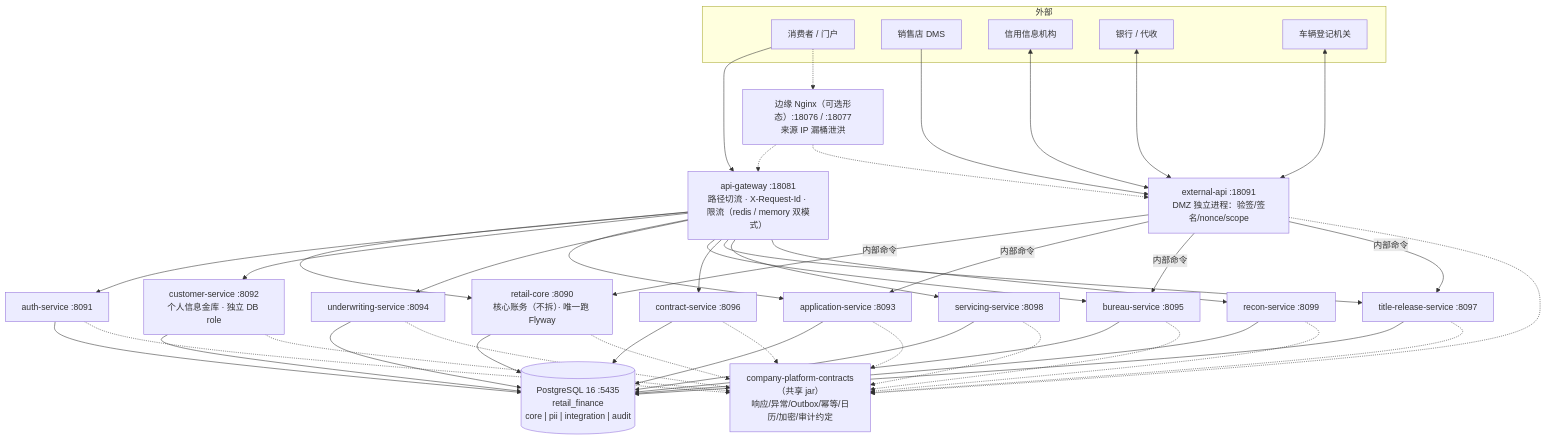
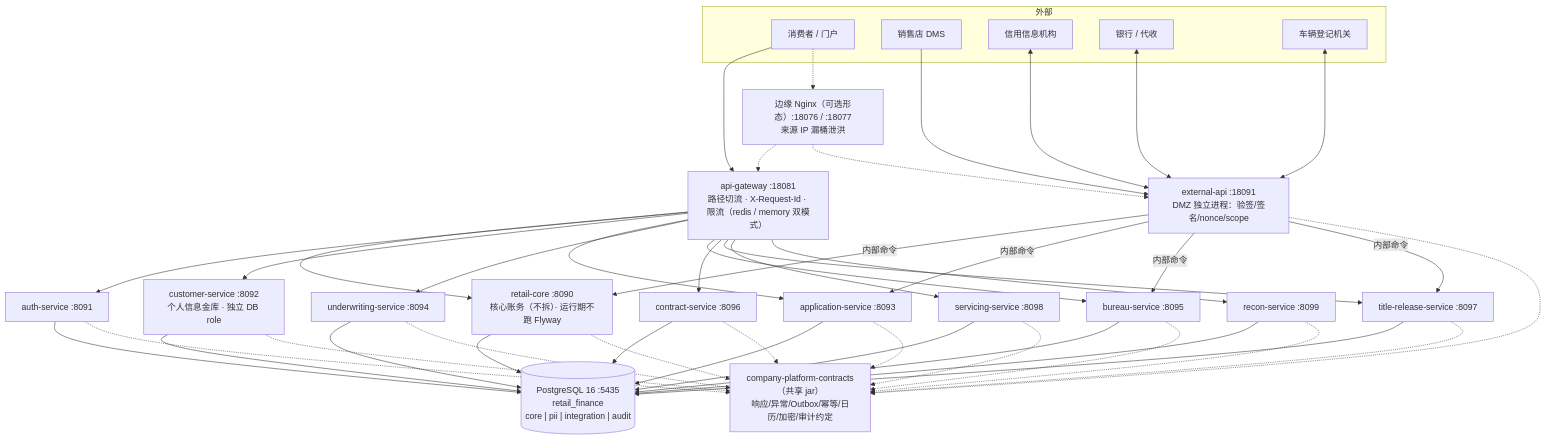
One commit to anehing-pixel/retail-finance-system changed the second of 3 diagrams in docs/R02-总体架构设计.md. Above: the diagram before and after it, drawn with Mermaid. The commit also changed other lines of this file and 18 other files, not shown here.

````diff
--- a/docs/R02-总体架构设计.md
+++ b/docs/R02-总体架构设计.md
@@ -78,38 +78,38 @@
 ```mermaid
 flowchart TB
   subgraph EXT["外部"]
     CUST[消费者 / 门户]
     DMS[销售店 DMS]
     BUR[信用信息机构]
     BANK[银行 / 代收]
     GOV[车辆登记机关]
   end
   EDGE["边缘 Nginx（可选形态）:18076 / :18077<br/>来源 IP 漏桶泄洪"]
   GW["api-gateway :18081<br/>路径切流 · X-Request-Id · 限流（redis / memory 双模式）"]
   DMZ["external-api :18091<br/>DMZ 独立进程：验签/签名/nonce/scope"]
-  CORE["retail-core :8090<br/>核心账务（不拆）· 唯一跑 Flyway"]
+  CORE["retail-core :8090<br/>核心账务（不拆）· 运行期不跑 Flyway"]
   AUTH["auth-service :8091"]
   CUSTOMER["customer-service :8092<br/>个人信息金库 · 独立 DB role"]
   APP["application-service :8093"]
   UW["underwriting-service :8094"]
   BUREAU["bureau-service :8095"]
   CONTRACT["contract-service :8096"]
   TITLE["title-release-service :8097"]
   SERV["servicing-service :8098"]
   RECON["recon-service :8099"]
   DB[("PostgreSQL 16 :5435<br/>retail_finance<br/>core | pii | integration | audit")]
   PLAT["company-platform-contracts（共享 jar）<br/>响应/异常/Outbox/幂等/日历/加密/审计约定"]
 
   CUST --> GW
   DMS --> DMZ
   BUR <--> DMZ
   BANK <--> DMZ
   GOV <--> DMZ
   CUST -.-> EDGE
   EDGE -.-> GW
   EDGE -.-> DMZ
   GW --> CORE & AUTH & CUSTOMER & APP & UW & BUREAU & CONTRACT & TITLE & SERV & RECON
   DMZ -->|内部命令| CORE & APP & BUREAU & TITLE
   CORE & AUTH & CUSTOMER & APP & UW & BUREAU & CONTRACT & TITLE & SERV & RECON --> DB
   CORE & AUTH & CUSTOMER & APP & UW & BUREAU & CONTRACT & TITLE & SERV & RECON & DMZ -.-> PLAT
 ```
````
